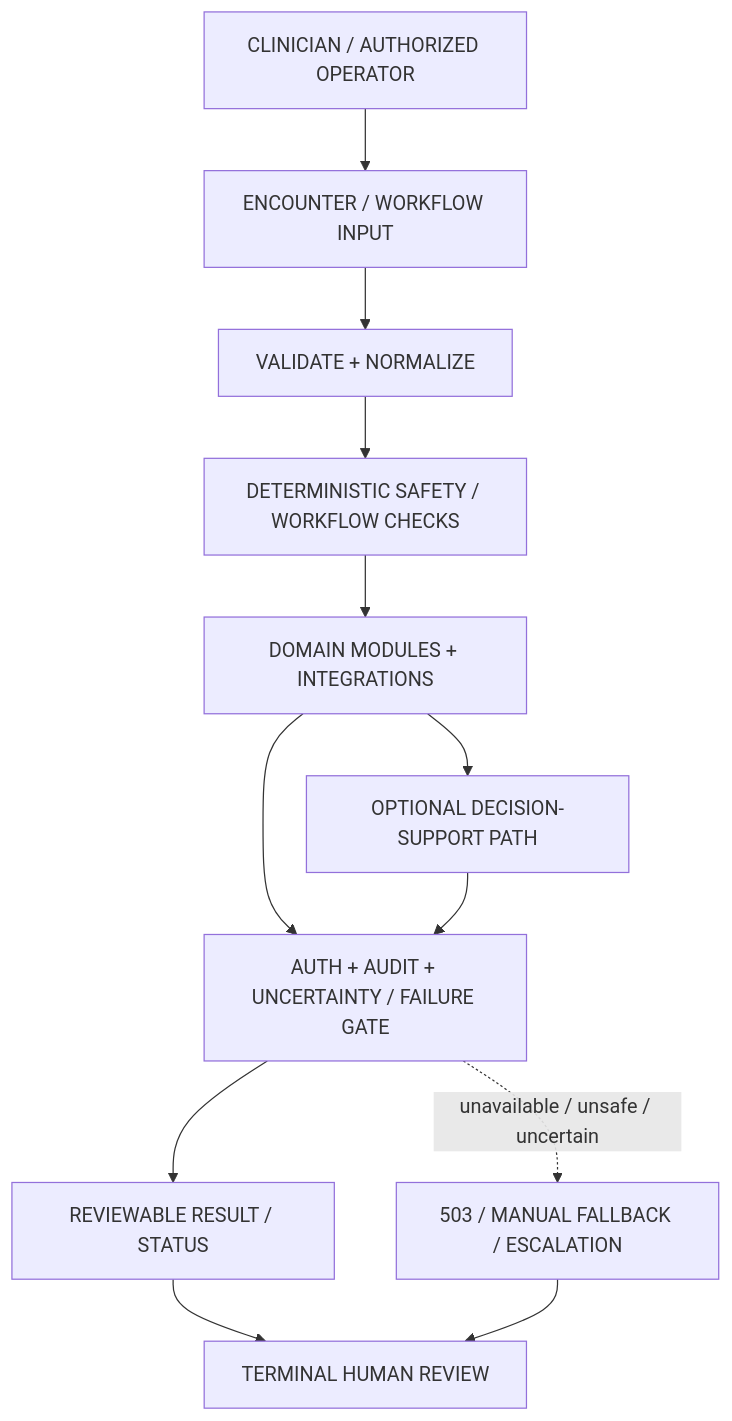
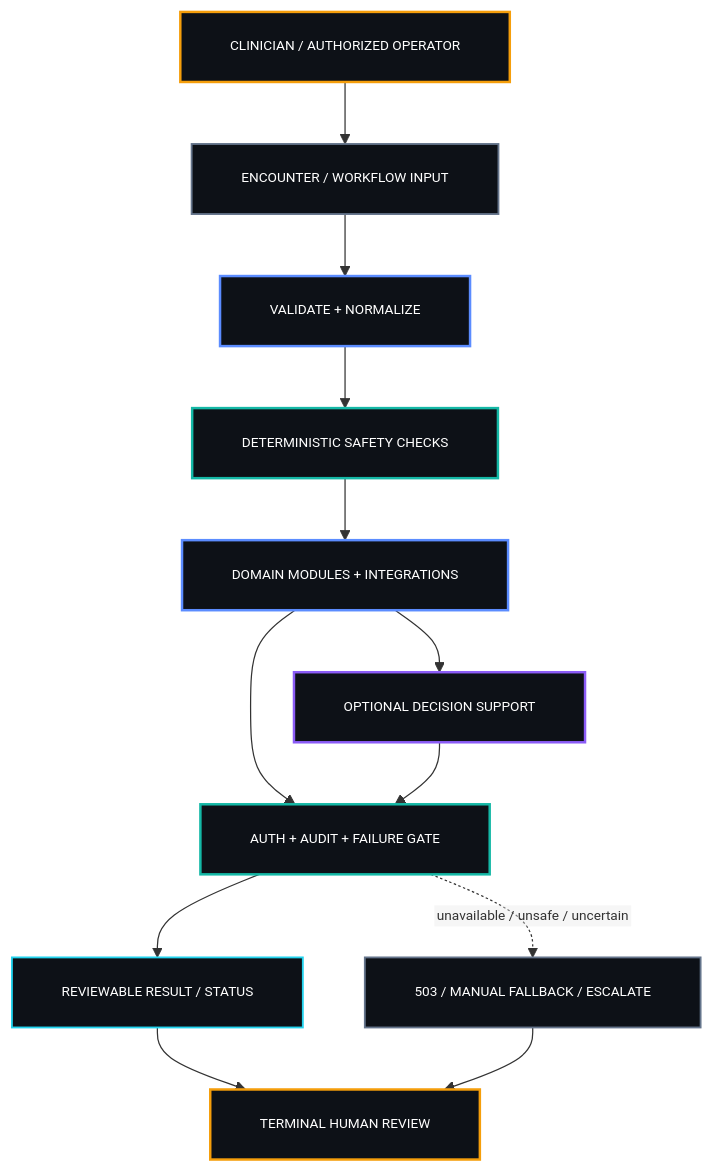
Before and after one commit to drferdi/Medboard: the second of 2 diagrams in README.md, drawn with Mermaid. The commit also changed other lines of this file, not shown here.

Commit message:
docs: align README diagrams and table typography with Sentra profile

```diff
--- a/README.md
+++ b/README.md
@@ -165,25 +180,40 @@
 ~~~mermaid
+%%{init: {"flowchart": {"htmlLabels": false, "padding": 20}, "themeVariables": {"fontFamily": "monospace", "fontSize": "11px"}}}%%
 flowchart TB
   HUMAN["CLINICIAN / AUTHORIZED OPERATOR"]
   INPUT["ENCOUNTER / WORKFLOW INPUT"]
   VALIDATE["VALIDATE + NORMALIZE"]
-  SAFETY["DETERMINISTIC SAFETY / WORKFLOW CHECKS"]
+  SAFETY["DETERMINISTIC SAFETY CHECKS"]
   MODULES["DOMAIN MODULES + INTEGRATIONS"]
-  SUPPORT["OPTIONAL DECISION-SUPPORT PATH"]
-  GATE["AUTH + AUDIT + UNCERTAINTY / FAILURE GATE"]
+  SUPPORT["OPTIONAL DECISION SUPPORT"]
+  GATE["AUTH + AUDIT + FAILURE GATE"]
   RESULT["REVIEWABLE RESULT / STATUS"]
-  DEGRADE["503 / MANUAL FALLBACK / ESCALATION"]
+  DEGRADE["503 / MANUAL FALLBACK / ESCALATE"]
   REVIEW["TERMINAL HUMAN REVIEW"]
 
   HUMAN --> INPUT
   INPUT --> VALIDATE
   VALIDATE --> SAFETY
   SAFETY --> MODULES
   MODULES --> SUPPORT
   MODULES --> GATE
   SUPPORT --> GATE
   GATE --> RESULT
   GATE -. unavailable / unsafe / uncertain .-> DEGRADE
   RESULT --> REVIEW
   DEGRADE --> REVIEW
+
+  classDef authority fill:#0D1117,stroke:#F59E0B,color:#ffffff,stroke-width:2px;
+  classDef agent fill:#0D1117,stroke:#8B5CF6,color:#ffffff,stroke-width:2px;
+  classDef control fill:#0D1117,stroke:#14B8A6,color:#ffffff,stroke-width:2px;
+  classDef core fill:#0D1117,stroke:#5B8CFF,color:#ffffff,stroke-width:2px;
+  classDef shared fill:#0D1117,stroke:#64748B,color:#ffffff,stroke-width:1.5px;
+  classDef surface fill:#0D1117,stroke:#22D3EE,color:#ffffff,stroke-width:1.5px;
+
+  class HUMAN,REVIEW authority;
+  class SUPPORT agent;
+  class SAFETY,GATE control;
+  class VALIDATE,MODULES core;
+  class INPUT,DEGRADE shared;
+  class RESULT surface;
 ~~~
```
